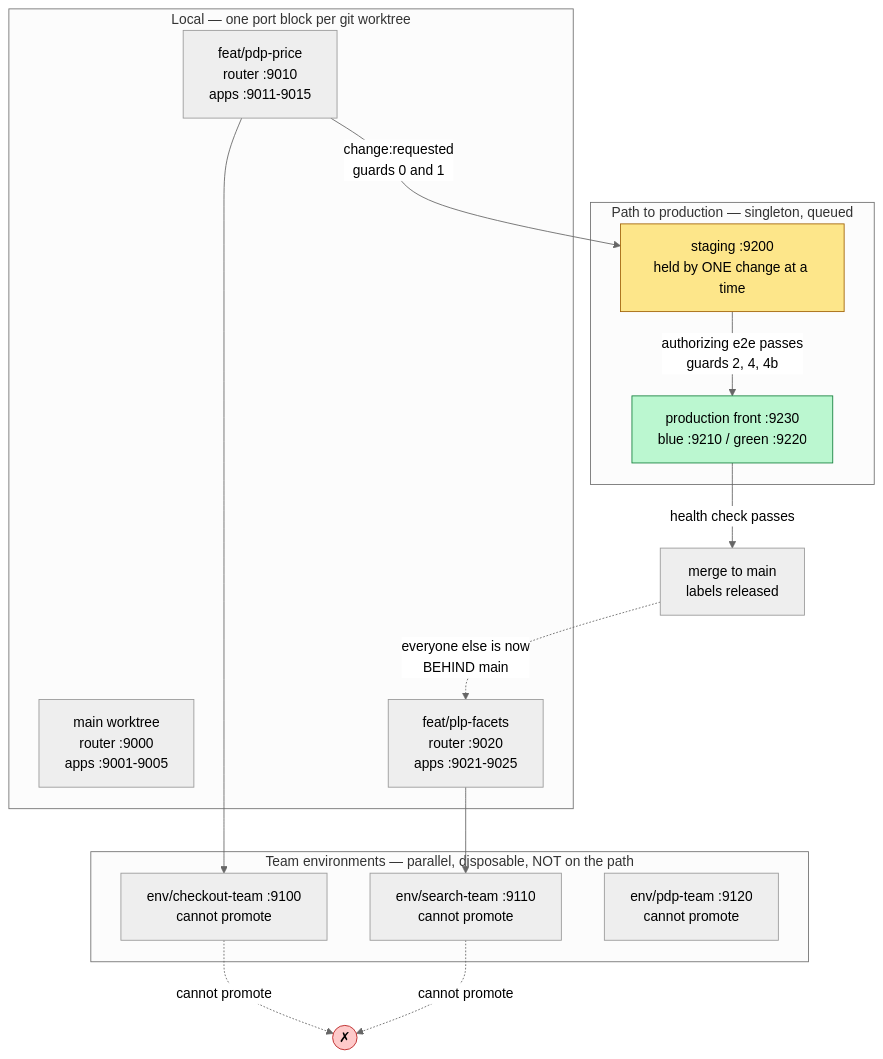
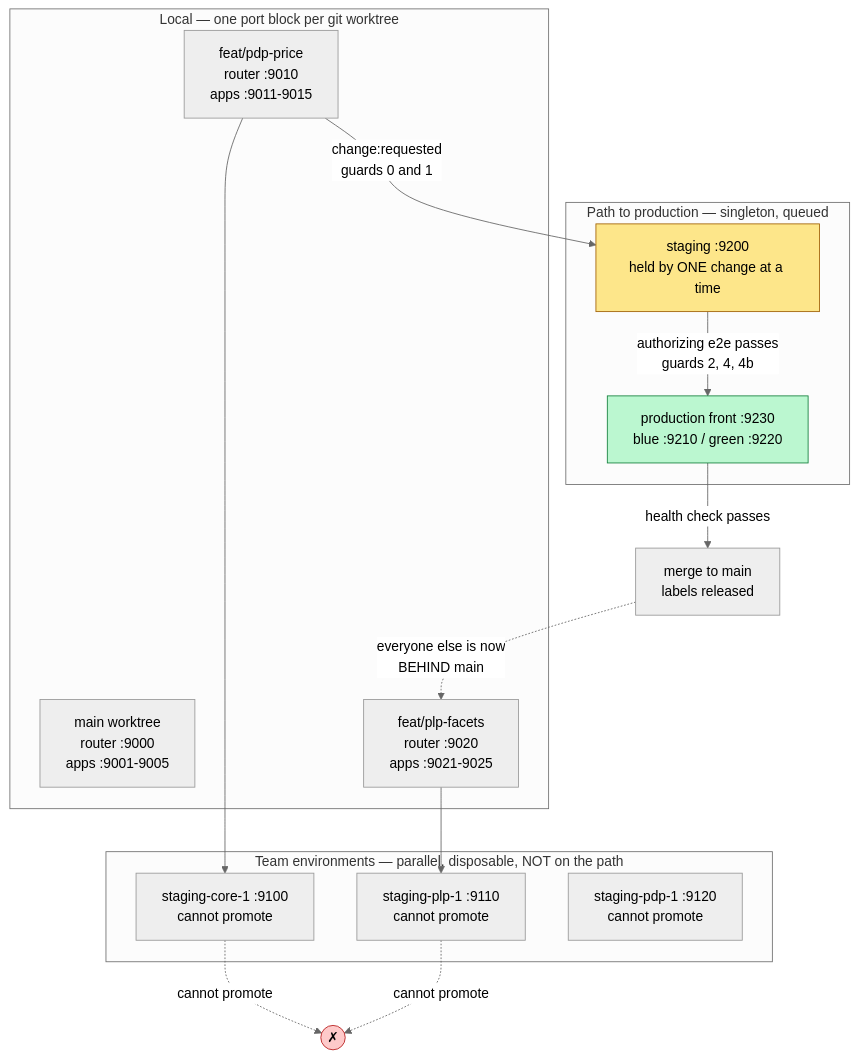
One commit to aygp-dr/standard-change changed the fourth of 6 diagrams in README.org. Above: the diagram before and after it, drawn with Mermaid (neutral theme). The commit also changed other lines of this file, not shown here.

```diff
--- a/README.org
+++ b/README.org
@@ -423,32 +425,32 @@
 #+begin_src mermaid :eval never-export
 flowchart TB
     subgraph local["Local — one port block per git worktree"]
         W0["main worktree<br/>router :9000<br/>apps :9001-9005"]
         W1["feat/pdp-price<br/>router :9010<br/>apps :9011-9015"]
         W2["feat/plp-facets<br/>router :9020<br/>apps :9021-9025"]
     end
 
     subgraph team["Team environments — parallel, disposable, NOT on the path"]
-        E1["env/checkout-team :9100<br/>cannot promote"]
-        E2["env/search-team :9110<br/>cannot promote"]
-        E3["env/pdp-team :9120<br/>cannot promote"]
+        E1["staging-core-1 :9100<br/>cannot promote"]
+        E2["staging-plp-1 :9110<br/>cannot promote"]
+        E3["staging-pdp-1 :9120<br/>cannot promote"]
     end
 
     subgraph path["Path to production — singleton, queued"]
         S["staging :9200<br/>held by ONE change at a time"]
         P["production front :9230<br/>blue :9210 / green :9220"]
     end
 
     W1 --> E1
     W2 --> E2
     E1 -.->|"cannot promote"| X(("✗"))
     E2 -.->|"cannot promote"| X
     W1 -->|"change:requested<br/>guards 0 and 1"| S
     S -->|"authorizing e2e passes<br/>guards 2, 4, 4b"| P
     P -->|"health check passes"| M["merge to main<br/>labels released"]
     M -.->|"everyone else is now<br/>BEHIND main"| W2
 
     style S fill:#fde68a,stroke:#a16207,color:#000
     style P fill:#bbf7d0,stroke:#15803d,color:#000
     style X fill:#fecaca,stroke:#b91c1c,color:#000
 #+end_src
```
